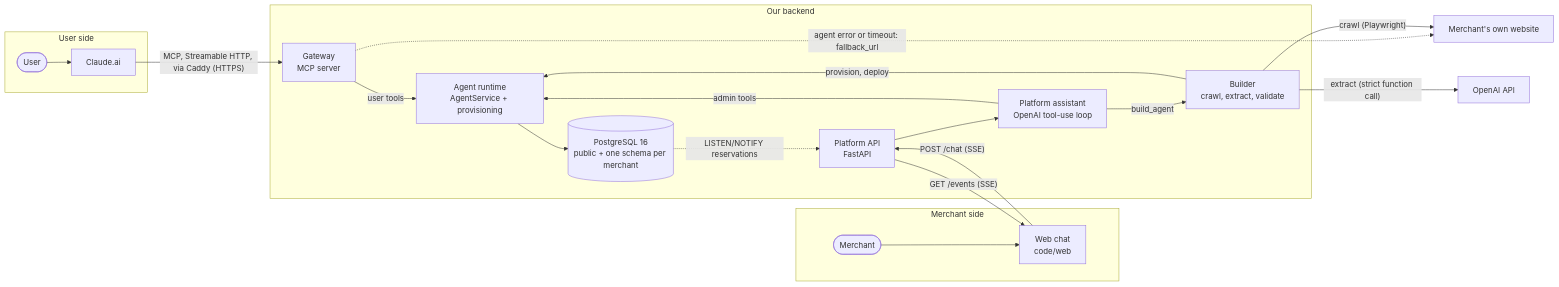
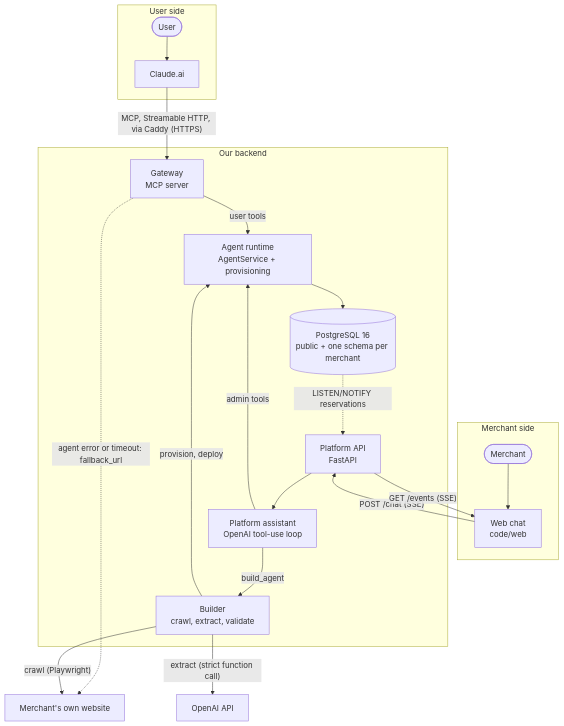
Before and after one commit to MaxEntz/BaselHack2026: the first of 2 diagrams in documentation/ARCHITECTURE.md, drawn with Mermaid.

Commit message:
docs: lay out the architecture overview top to bottom

````diff
--- a/documentation/ARCHITECTURE.md
+++ b/documentation/ARCHITECTURE.md
@@ -12,35 +12,35 @@
 ```mermaid
-flowchart LR
+flowchart TB
   subgraph USER["User side"]
     U(["User"]) --> C["Claude.ai"]
   end
 
   subgraph MERCHANT["Merchant side"]
     M(["Merchant"]) --> WEB["Web chat<br/>code/web"]
   end
 
   subgraph BACKEND["Our backend"]
     GW["Gateway<br/>MCP server"]
     AG["Agent runtime<br/>AgentService + provisioning"]
     DB[("PostgreSQL 16<br/>public + one schema per merchant")]
     PL["Platform API<br/>FastAPI"]
     ASSIST["Platform assistant<br/>OpenAI tool-use loop"]
     BU["Builder<br/>crawl, extract, validate"]
   end
 
   C -->|"MCP, Streamable HTTP, via Caddy (HTTPS)"| GW
   GW -->|"user tools"| AG
   AG --> DB
   GW -.->|"agent error or timeout: fallback_url"| SITE["Merchant's own website"]
 
   WEB -->|"POST /chat (SSE)"| PL
   PL --> ASSIST
   ASSIST -->|"admin tools"| AG
   ASSIST -->|"build_agent"| BU
   BU -->|"crawl (Playwright)"| SITE
   BU -->|"extract (strict function call)"| OAI["OpenAI API"]
   BU -->|"provision, deploy"| AG
 
   DB -.->|"LISTEN/NOTIFY reservations"| PL
   PL -->|"GET /events (SSE)"| WEB
 ```
````
